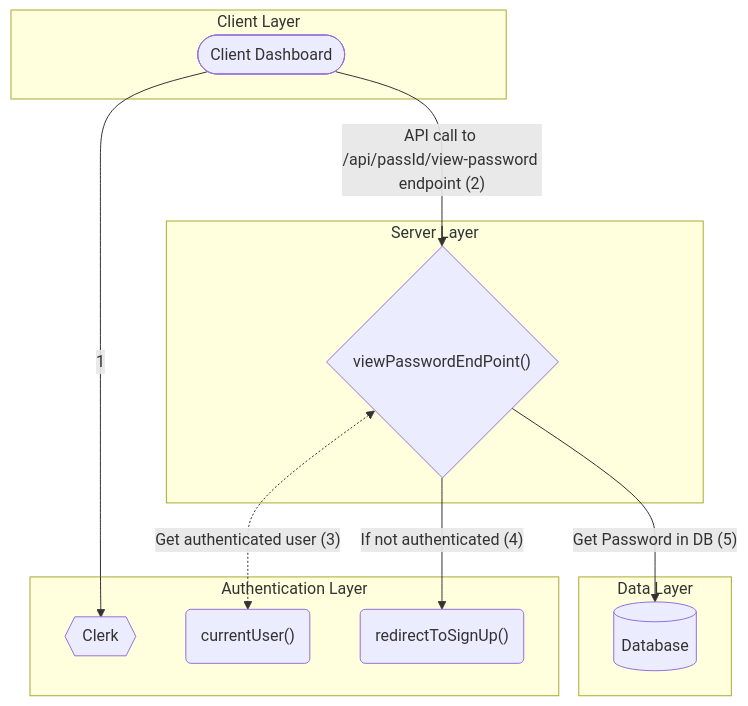
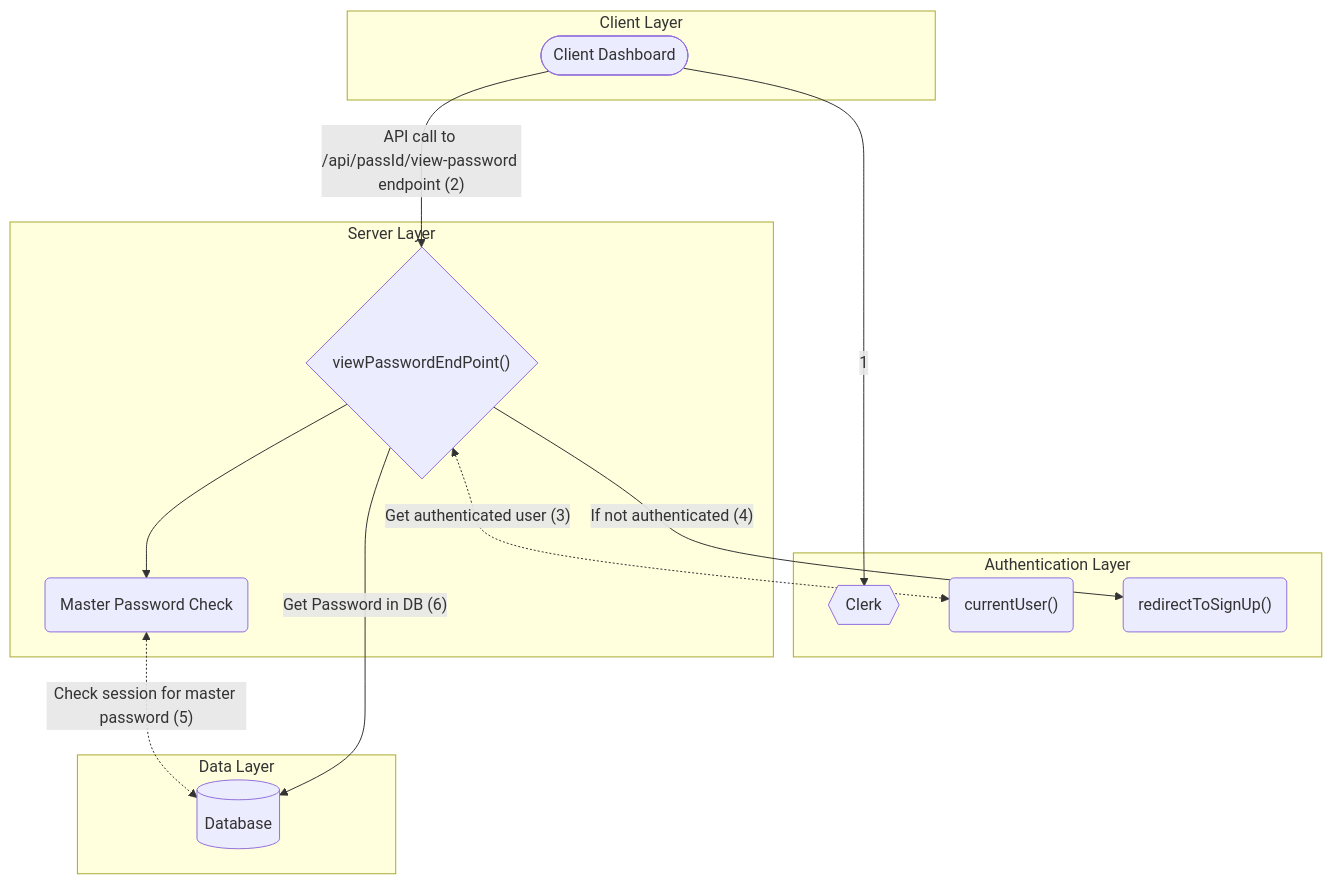
One commit to fkaaziebu/mermaid-tutorials changed the diagram in vpass/view-delete-password/view-password.md. Above: the diagram before and after it, drawn with Mermaid. The commit also changed other lines of this file and 1 other file, not shown here.

Commit message:
vpass master password

````diff
--- a/vpass/view-delete-password/view-password.md
+++ b/vpass/view-delete-password/view-password.md
@@ -6,35 +6,39 @@
 ```mermaid
 flowchart TB
     subgraph Client Layer
         actor([Client Dashboard])
     end
 
     subgraph Authentication Layer
         providers{{Clerk}}
         currentUser("currentUser()")
         redirect("redirectToSignUp()")
     end
 
     subgraph Server Layer
         conditional{"viewPasswordEndPoint()"}
+        master_pass(Master Password Check)
     end
 
     subgraph Data Layer
         database[(Database)]
     end
 
     %% Login %%
         actor-- 1 -->providers
+
+    %% Onclick to either view or delete password, check for master password and validity as well
+    conditional-->master_pass<-.Check session for master password (5).->database
 
     %% Get Password request from client %%
         actor-- API call to /api/passId/view-password endpoint (2) -->conditional
 
     %% Check if there is a current user
         conditional<-. Get authenticated user (3) .->currentUser
 
     %% If no user
         conditional-- If not authenticated (4) -->redirect
 
     %% Check if user exist
-        conditional-- Get Password in DB (5) -->database
+        conditional-- Get Password in DB (6) -->database
 ```
````
